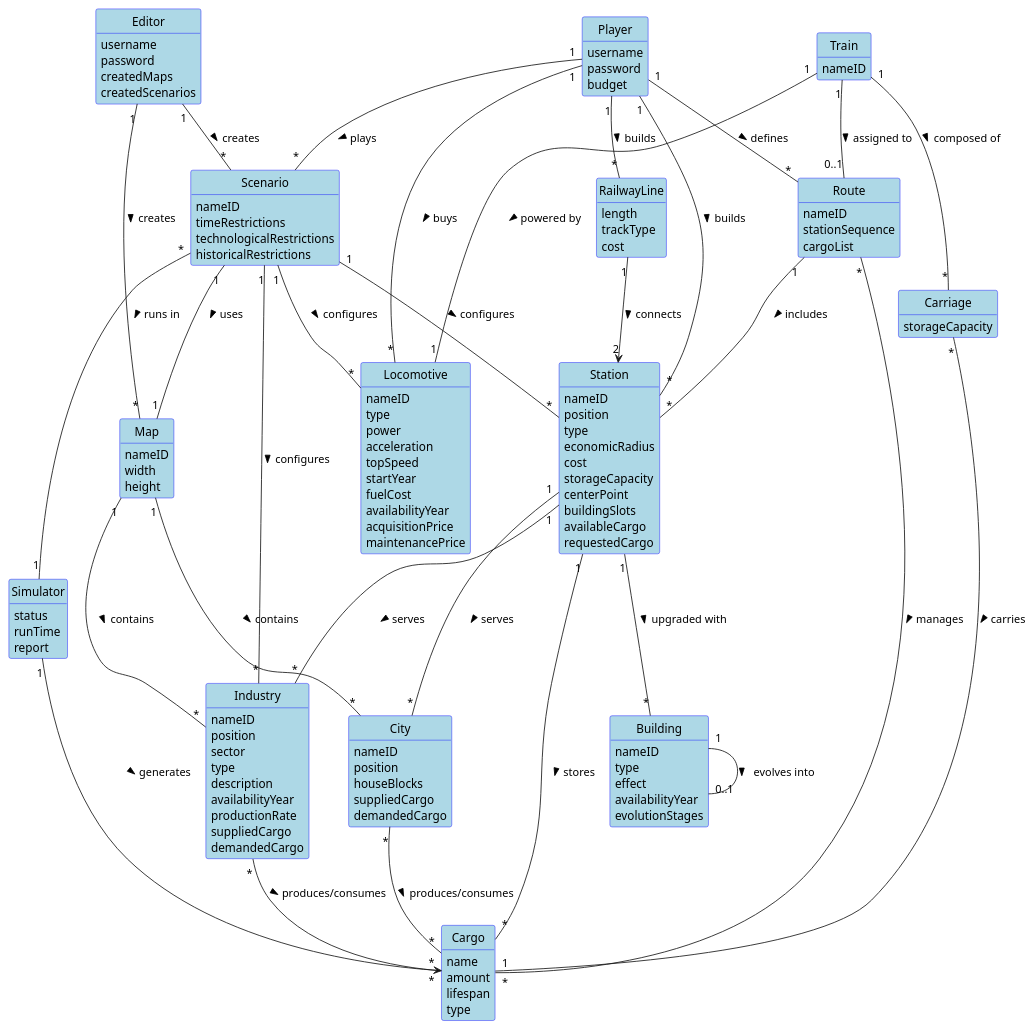
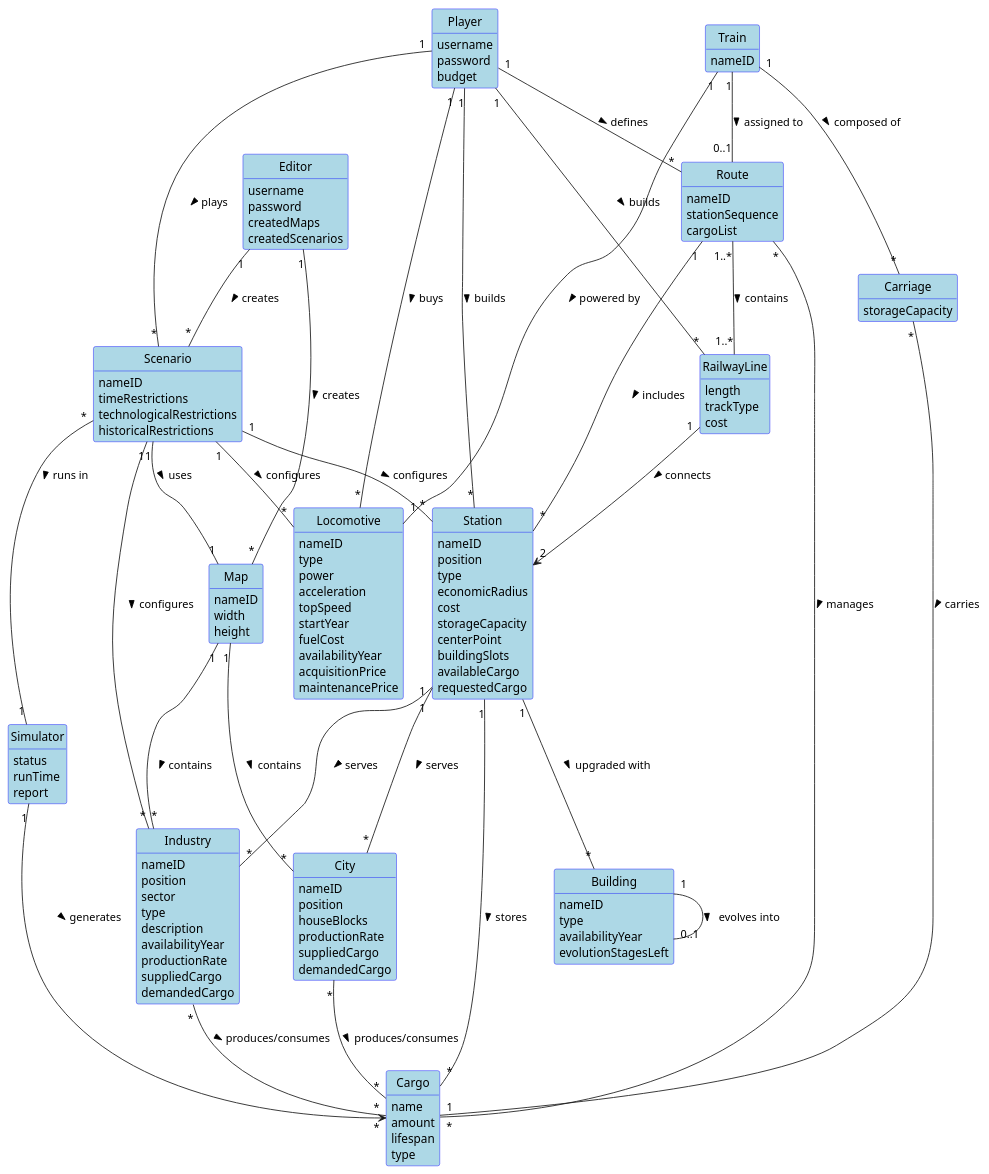
The diagram in docs/system-documentation/global-artifacts/02.analysis/puml/DomainModel_ESOFT.puml (HenriqueSilva18/Railway-Network-Simulator), drawn with PlantUML before and after one commit. The commit also changed 7 other files, not shown here.

```diff
--- a/docs/system-documentation/global-artifacts/02.analysis/puml/DomainModel_ESOFT.puml
+++ b/docs/system-documentation/global-artifacts/02.analysis/puml/DomainModel_ESOFT.puml
@@ -1,163 +1,164 @@
 @startuml
 skinparam shadowing false
 skinparam classAttributeIconSize 0
 skinparam class {
   BackgroundColor LightBlue
   BorderColor Blue
 }
 skinparam enum {
   BackgroundColor LightBlue
   BorderColor Blue
 }
 hide circle
 hide methods
 
 class Player {
   username
   password
   budget
 }
 class Editor {
     username
     password
     createdMaps
     createdScenarios
 }
 class Map {
   nameID
   width
   height
 }
 class Scenario {
   nameID
   timeRestrictions
   technologicalRestrictions
   historicalRestrictions
 }
 class Simulator {
   status
   runTime
   report
 }
 class City {
   nameID
   position
   houseBlocks
+  productionRate
   suppliedCargo
   demandedCargo
 }
 
 class Industry {
   nameID
   position
   sector
   type
   description
   availabilityYear
   productionRate
   suppliedCargo
   demandedCargo
 }
 
 
 class Cargo {
   name
   amount
   lifespan
   type
 }
 class Station {
   nameID
   position
   type
   economicRadius
   cost
   storageCapacity
   centerPoint
   buildingSlots
   availableCargo
   requestedCargo
 }
 class Building {
   nameID
   type
-  effect
   availabilityYear
-  evolutionStages
+  evolutionStagesLeft
 }
 class RailwayLine {
   length
   trackType
   cost
 }
 class Locomotive {
   nameID
   type
   power
   acceleration
   topSpeed
   startYear
   fuelCost
   availabilityYear
   acquisitionPrice
   maintenancePrice
 }
 class Train {
   nameID
 }
 class Carriage {
   storageCapacity
 }
 class Route {
   nameID
   stationSequence
   cargoList
 }
 
 
 
 ' Relationships with revised multiplicities
 
 Editor "1" -- "*" Map : creates >
 Editor "1" -- "*" Scenario : creates >
 
 Scenario "1" -- "1" Map : uses >
 Player "1" -- "*" Scenario : plays >
 Scenario "*" -- "1" Simulator : runs in >
 
 Map "1" -- "*" City : contains >
 Map "1" -- "*" Industry : contains >
 
 Industry "*" -- "*" Cargo : produces/consumes >
 City "*" -- "*" Cargo : produces/consumes >
 
 Player "1" -- "*" Station : builds >
 Player "1" -- "*" RailwayLine : builds >
 Station "1" -- "*" Building : upgraded with >
 
 Station "1" -- "*" City : serves >
 Station "1" -- "*" Industry : serves >
 Station "1" -- "*" Cargo : stores >
 
 RailwayLine "1" --> "2" Station : connects >
 
 Player "1" -- "*" Locomotive : buys >
 Train "1" -- "1" Locomotive : powered by >
 Train "1" -- "*" Carriage : composed of >
 Carriage "*" -- "1" Cargo : carries >
 
 Train "1" -- "0..1" Route : assigned to >
 Route "1" -- "*" Station : includes >
 Route "*" -- "*" Cargo : manages >
 
 Scenario "1" -- "*" Locomotive : configures >
 Scenario "1" -- "*" Industry : configures >
 Scenario "1" -- "*" Station : configures >
 
+Route "1..*"-- "1..*" RailwayLine: contains >
 
 Building "1" -- "0..1" Building : evolves into >
 
 Player "1" -- "*" Route: defines >
 
 Simulator "1" --> "*" Cargo : generates >
 @enduml
```
